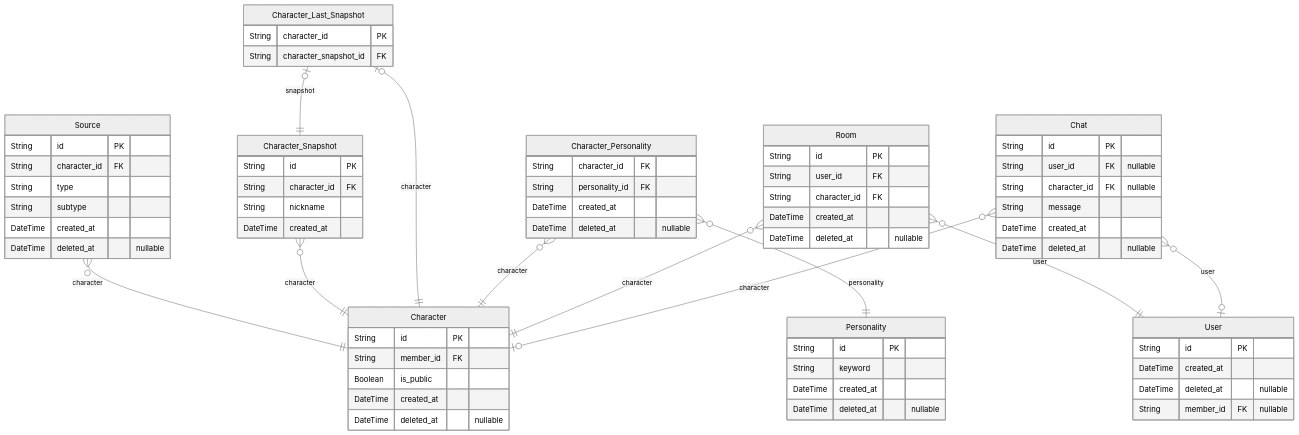
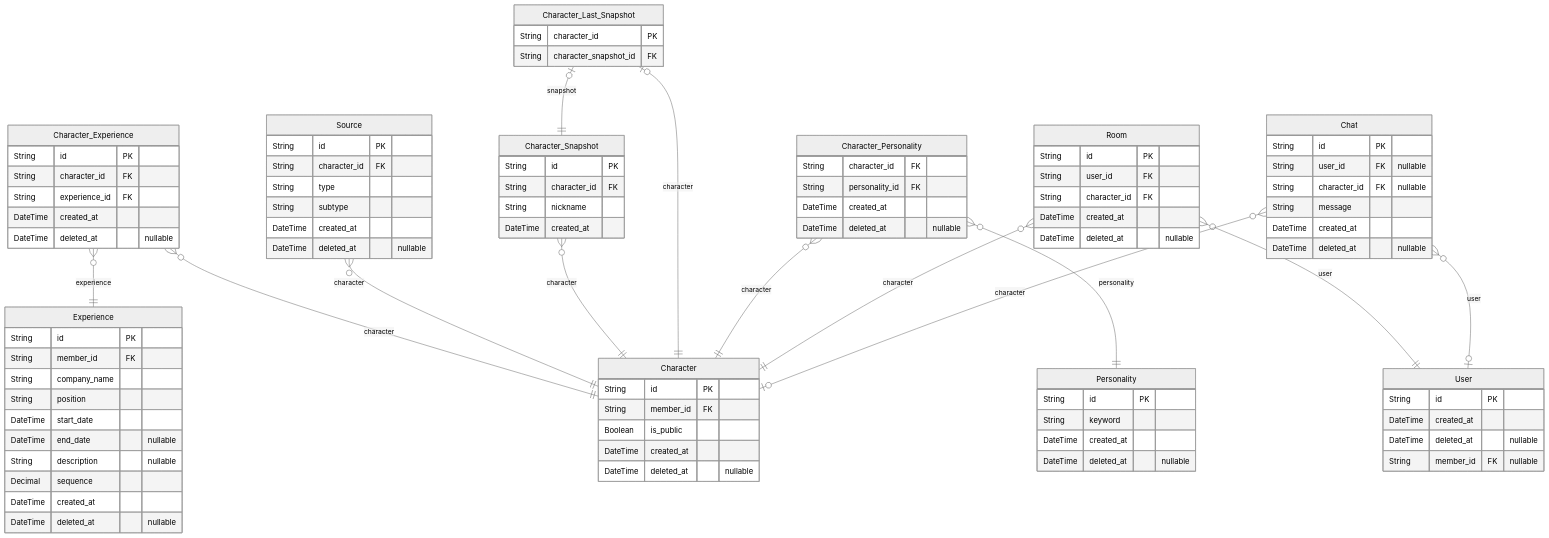
The second of 2 diagrams in prisma/ERD.md (Resupath/backend), drawn with Mermaid (neutral theme) before and after one commit. The commit also changed other lines of this file and 1 other file, not shown here.

Commit message:
feat: Experience 스키마 정의

````diff
--- a/prisma/ERD.md
+++ b/prisma/ERD.md
@@ -74,5 +74,24 @@
 ```mermaid
 erDiagram
+"Experience" {
+  String id PK
+  String member_id FK
+  String company_name
+  String position
+  DateTime start_date
+  DateTime end_date "nullable"
+  String description "nullable"
+  Decimal sequence
+  DateTime created_at
+  DateTime deleted_at "nullable"
+}
+"Character_Experience" {
+  String id PK
+  String character_id FK
+  String experience_id FK
+  DateTime created_at
+  DateTime deleted_at "nullable"
+}
 "Source" {
   String id PK
   String character_id FK
@@ -131,6 +150,8 @@
   DateTime deleted_at "nullable"
   String member_id FK "nullable"
 }
+"Character_Experience" }o--|| "Character" : character
+"Character_Experience" }o--|| "Experience" : experience
 "Source" }o--|| "Character" : character
 "Character_Snapshot" }o--|| "Character" : character
 "Character_Last_Snapshot" |o--|| "Character" : character
````
